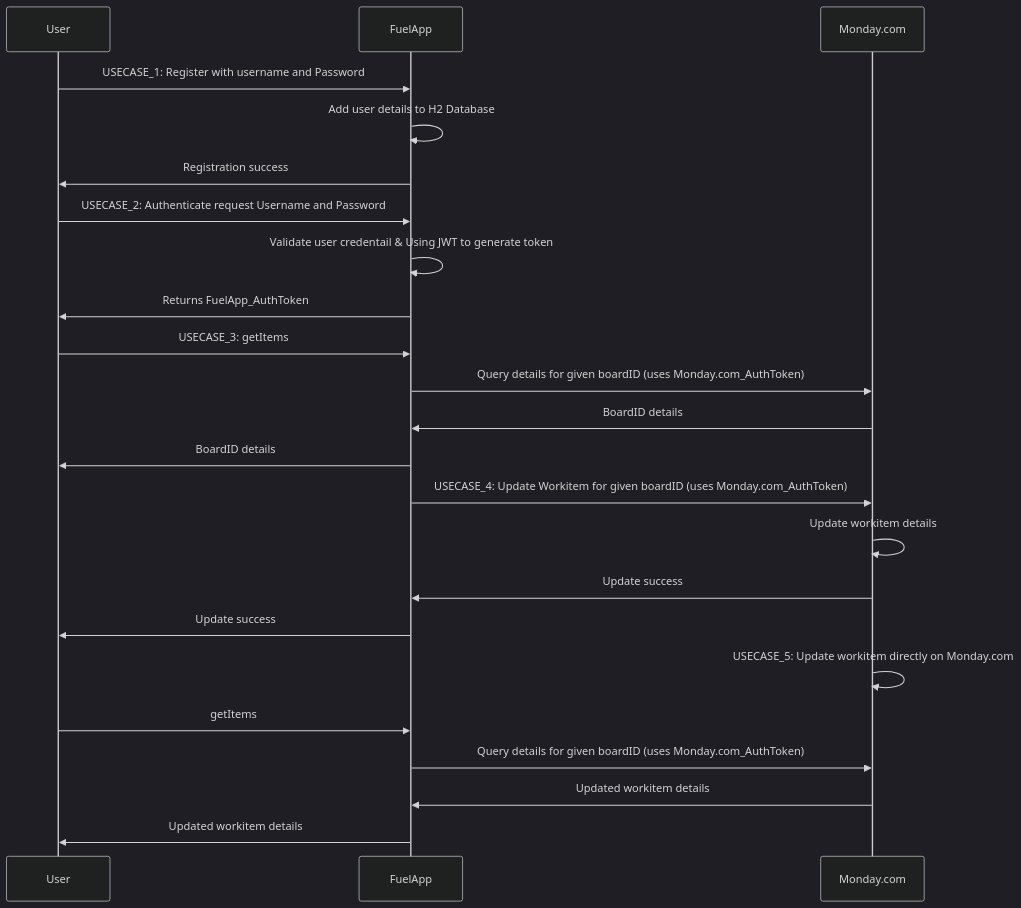
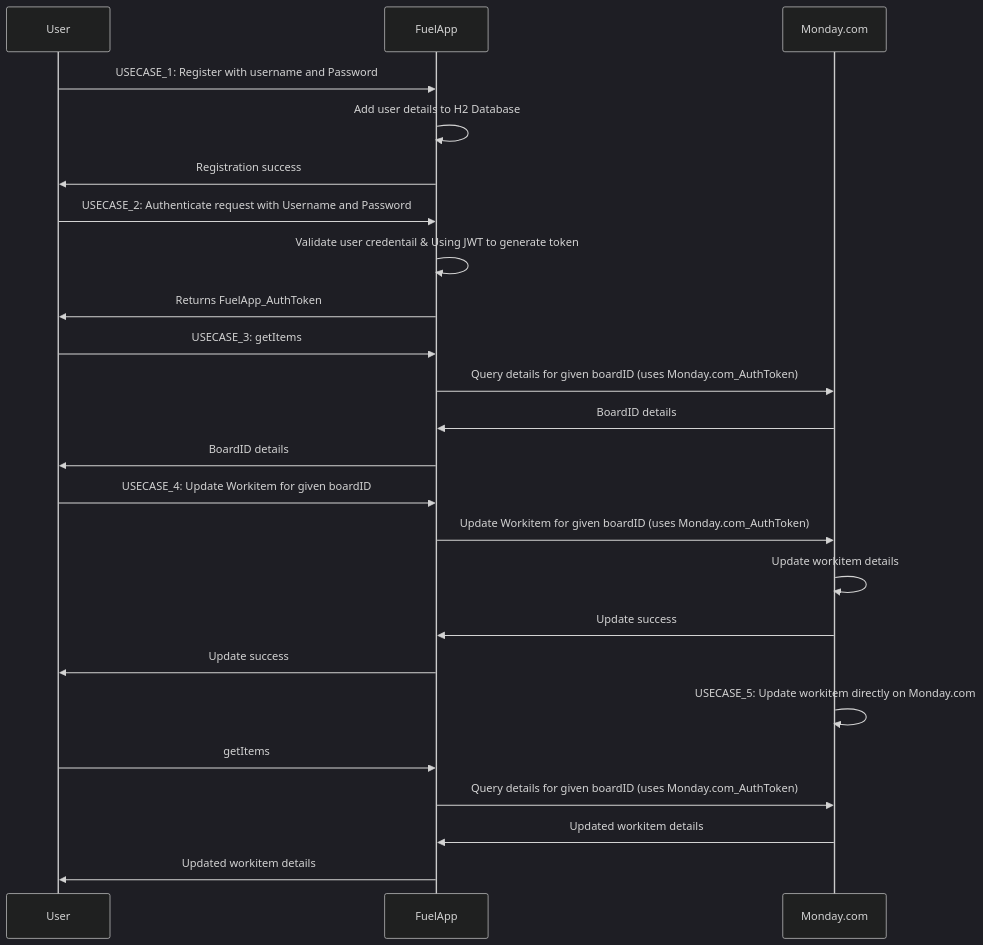
One commit to Vishnupriya-1/FuelApp changed the diagram in README.md. Above: the diagram before and after it, drawn with Mermaid (dark theme).

````diff
--- a/README.md
+++ b/README.md
@@ -78,25 +78,26 @@
 ```mermaid
 sequenceDiagram
     participant User
     participant FuelApp
     participant Monday.com
     User->>FuelApp: USECASE_1: Register with username and Password
     FuelApp->>FuelApp:Add user details to H2 Database
     FuelApp->>User:Registration success
-    User->>FuelApp: USECASE_2: Authenticate request Username and Password
+    User->>FuelApp: USECASE_2: Authenticate request with Username and Password
     FuelApp->>FuelApp: Validate user credentail  &  Using JWT to generate token
     FuelApp->>User:Returns FuelApp_AuthToken
     User->>FuelApp: USECASE_3: getItems 
     FuelApp->>Monday.com: Query details for given boardID (uses Monday.com_AuthToken)
     Monday.com->>FuelApp: BoardID details
     FuelApp->>User: BoardID details
-    FuelApp->>Monday.com: USECASE_4: Update Workitem for given boardID (uses Monday.com_AuthToken)
+    User->>FuelApp: USECASE_4: Update Workitem for given boardID 
+    FuelApp->>Monday.com: Update Workitem for given boardID (uses Monday.com_AuthToken)
     Monday.com->>Monday.com: Update workitem details
     Monday.com->>FuelApp: Update success
     FuelApp->>User:Update success
     Monday.com->>Monday.com: USECASE_5: Update workitem directly on Monday.com
     User->>FuelApp:getItems
     FuelApp->>Monday.com:Query details for given boardID (uses Monday.com_AuthToken)
     Monday.com->>FuelApp:Updated workitem details
     FuelApp->>User:Updated workitem details
 ```
````
